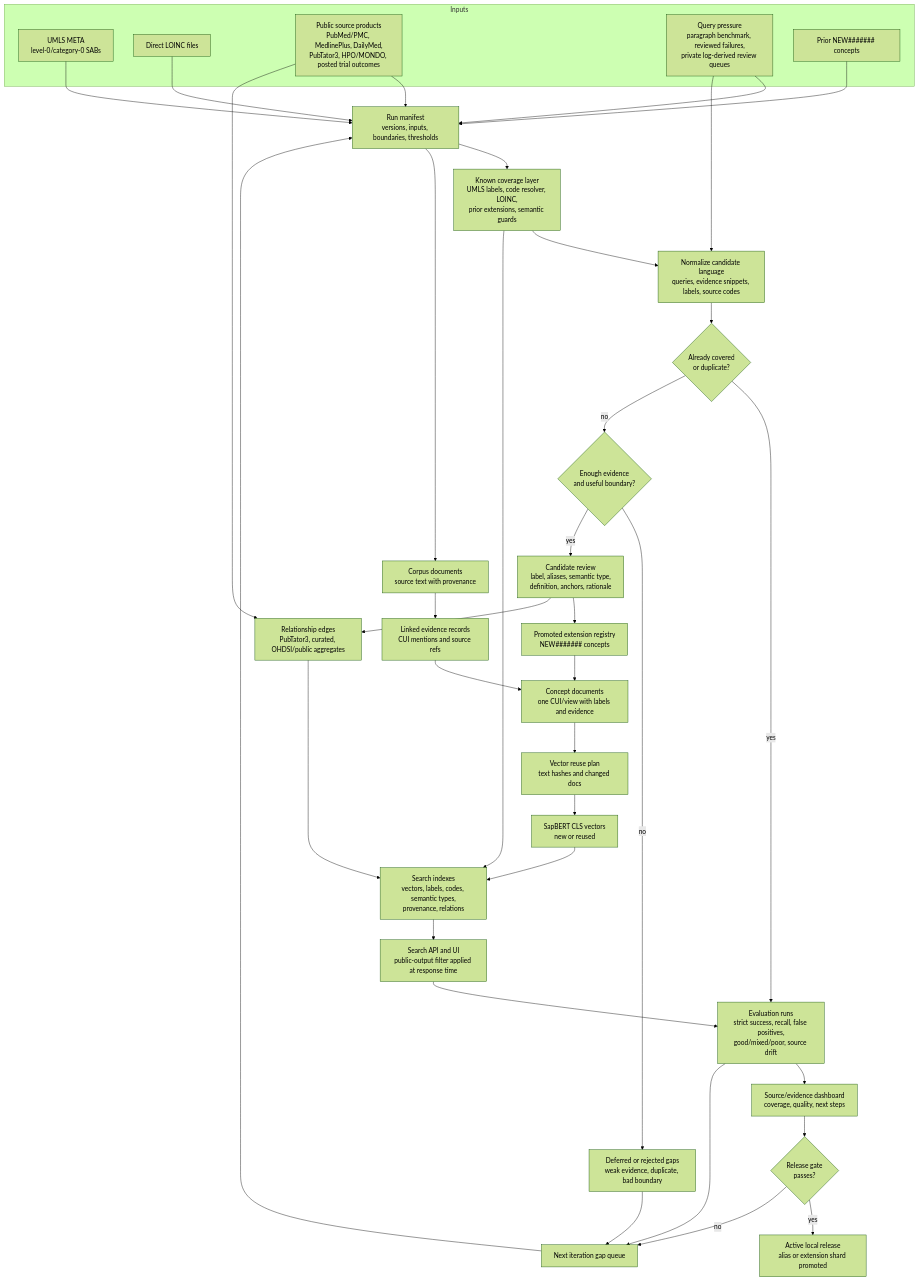
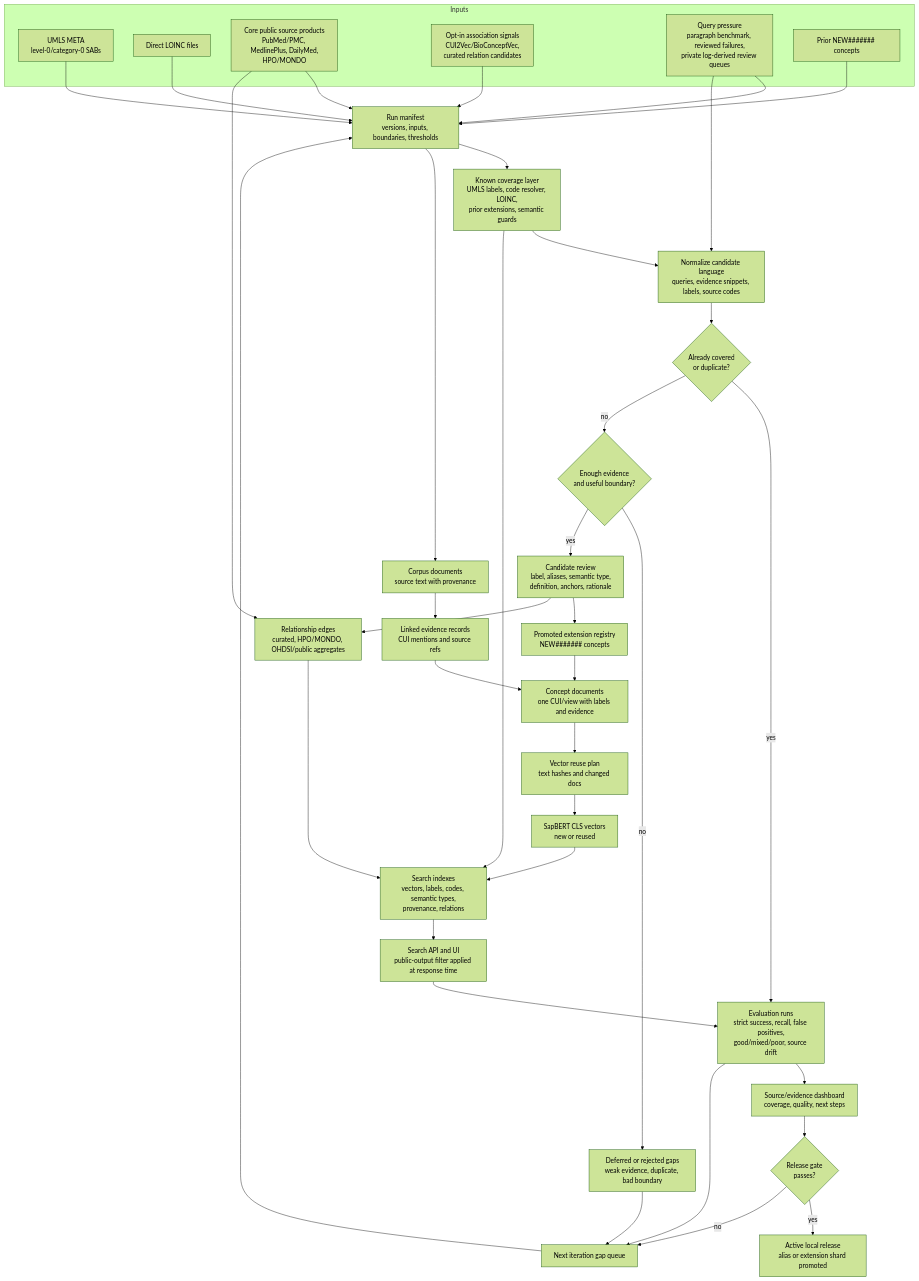
Before and after one commit to davidanderson3/biomedical-search: the diagram in docs/new_umls_iteration_loop.md, drawn with Mermaid (forest theme). The commit also changed other lines of this file and 144 other files, not shown here.

````diff
--- a/docs/new_umls_iteration_loop.md
+++ b/docs/new_umls_iteration_loop.md
@@ -26,69 +26,71 @@
 ```mermaid
 flowchart TD
   subgraph Inputs
     UMLS["UMLS META<br/>level-0/category-0 SABs"]
     LOINC["Direct LOINC files"]
-    PublicSources["Public source products<br/>PubMed/PMC, MedlinePlus, DailyMed,<br/>PubTator3, HPO/MONDO, posted trial outcomes"]
+    PublicSources["Core public source products<br/>PubMed/PMC, MedlinePlus, DailyMed,<br/>HPO/MONDO"]
+    AssociationSignals["Opt-in association signals<br/>CUI2Vec/BioConceptVec,<br/>curated relation candidates"]
     QueryPressure["Query pressure<br/>paragraph benchmark, reviewed failures,<br/>private log-derived review queues"]
     PriorExtensions["Prior NEW####### concepts"]
   end
 
   Manifest["Run manifest<br/>versions, inputs, boundaries, thresholds"]
   Coverage["Known coverage layer<br/>UMLS labels, code resolver, LOINC,<br/>prior extensions, semantic guards"]
   Normalize["Normalize candidate language<br/>queries, evidence snippets, labels, source codes"]
   ExistingCheck{"Already covered<br/>or duplicate?"}
   EvidenceGate{"Enough evidence<br/>and useful boundary?"}
   CandidateReview["Candidate review<br/>label, aliases, semantic type,<br/>definition, anchors, rationale"]
   Deferred["Deferred or rejected gaps<br/>weak evidence, duplicate, bad boundary"]
 
   CorpusDocs["Corpus documents<br/>source text with provenance"]
   LinkedEvidence["Linked evidence records<br/>CUI mentions and source refs"]
-  RelationshipEdges["Relationship edges<br/>PubTator3, curated, OHDSI/public aggregates"]
+  RelationshipEdges["Relationship edges<br/>curated, HPO/MONDO, OHDSI/public aggregates"]
   ExtensionRegistry["Promoted extension registry<br/>NEW####### concepts"]
   ConceptDocs["Concept documents<br/>one CUI/view with labels and evidence"]
   VectorPlan["Vector reuse plan<br/>text hashes and changed docs"]
   Vectors["SapBERT CLS vectors<br/>new or reused"]
   SearchIndexes["Search indexes<br/>vectors, labels, codes, semantic types,<br/>provenance, relations"]
   SearchUI["Search API and UI<br/>public-output filter applied at response time"]
   Evaluation["Evaluation runs<br/>strict success, recall, false positives,<br/>good/mixed/poor, source drift"]
   Dashboard["Source/evidence dashboard<br/>coverage, quality, next steps"]
   ReleaseDecision{"Release gate<br/>passes?"}
   ActiveRelease["Active local release<br/>alias or extension shard promoted"]
   NextGap["Next iteration gap queue"]
 
   UMLS --> Manifest
   LOINC --> Manifest
   PublicSources --> Manifest
+  AssociationSignals --> Manifest
   QueryPressure --> Manifest
   PriorExtensions --> Manifest
 
   Manifest --> Coverage
   Manifest --> CorpusDocs
   Coverage --> Normalize
   QueryPressure --> Normalize
   CorpusDocs --> LinkedEvidence
   LinkedEvidence --> ConceptDocs
   PublicSources --> RelationshipEdges
   Normalize --> ExistingCheck
   ExistingCheck -- "yes" --> Evaluation
   ExistingCheck -- "no" --> EvidenceGate
   EvidenceGate -- "no" --> Deferred
   EvidenceGate -- "yes" --> CandidateReview
   CandidateReview --> ExtensionRegistry
   CandidateReview --> RelationshipEdges
   ExtensionRegistry --> ConceptDocs
   ConceptDocs --> VectorPlan
   VectorPlan --> Vectors
   Vectors --> SearchIndexes
   Coverage --> SearchIndexes
   RelationshipEdges --> SearchIndexes
   SearchIndexes --> SearchUI
   SearchUI --> Evaluation
   Evaluation --> Dashboard
   Dashboard --> ReleaseDecision
   ReleaseDecision -- "yes" --> ActiveRelease
   ReleaseDecision -- "no" --> NextGap
   Deferred --> NextGap
   Evaluation --> NextGap
   NextGap --> Manifest
 ```
````
